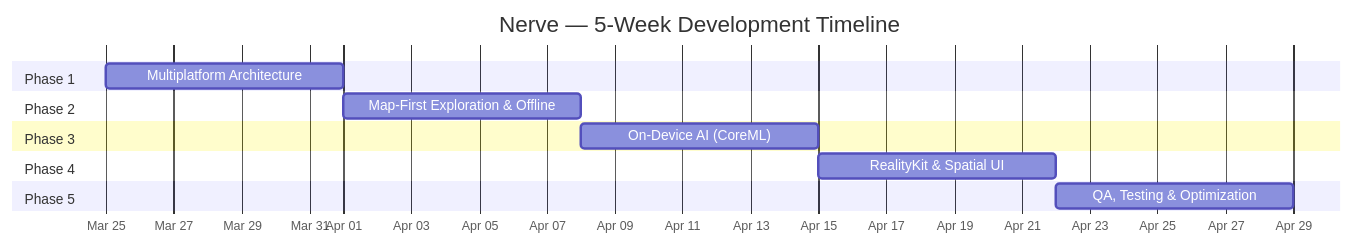
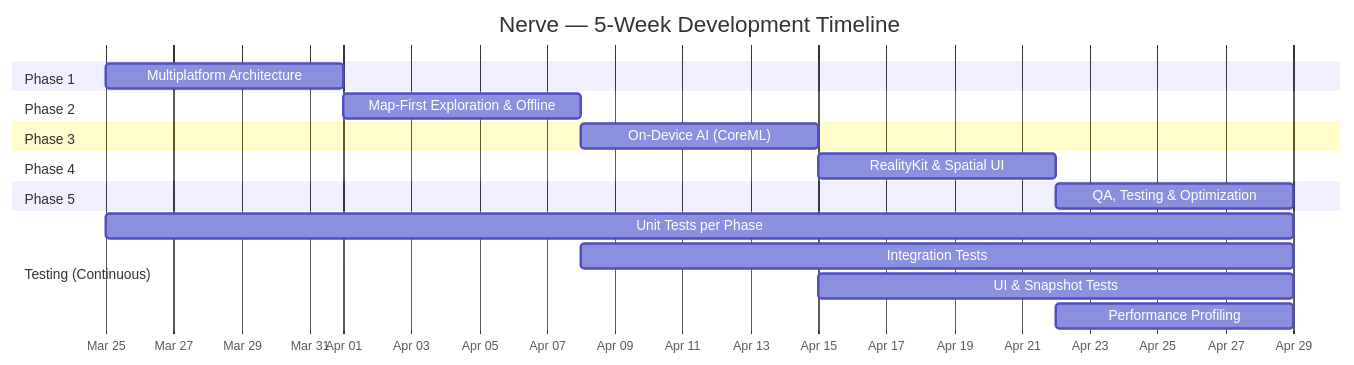
The first of 2 diagrams in DEVELOPMENT_ROADMAP.md (MrDavudGunduz/Nerve), drawn with Mermaid before and after one commit. The commit also changed other lines of this file and 22 other files, not shown here.

````diff
--- a/DEVELOPMENT_ROADMAP.md
+++ b/DEVELOPMENT_ROADMAP.md
@@ -11,21 +11,27 @@
 ```mermaid
 gantt
     title Nerve — 5-Week Development Timeline
     dateFormat  YYYY-MM-DD
     axisFormat  %b %d
 
     section Phase 1
     Multiplatform Architecture    :p1, 2026-03-25, 7d
 
     section Phase 2
     Map-First Exploration & Offline :p2, after p1, 7d
 
     section Phase 3
     On-Device AI (CoreML)          :p3, after p2, 7d
 
     section Phase 4
     RealityKit & Spatial UI        :p4, after p3, 7d
 
     section Phase 5
     QA, Testing & Optimization     :p5, after p4, 7d
+
+    section Testing (Continuous)
+    Unit Tests per Phase           :t1, 2026-03-25, 35d
+    Integration Tests              :t2, after p2, 21d
+    UI & Snapshot Tests            :t3, after p3, 14d
+    Performance Profiling          :t4, after p4, 7d
 ```
````
